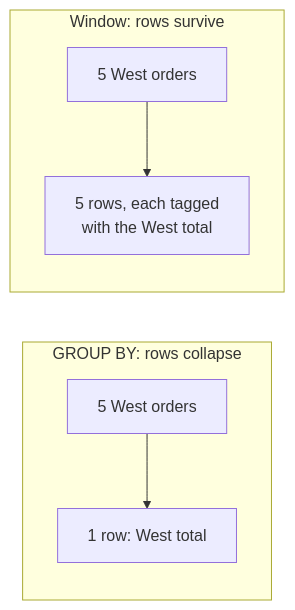
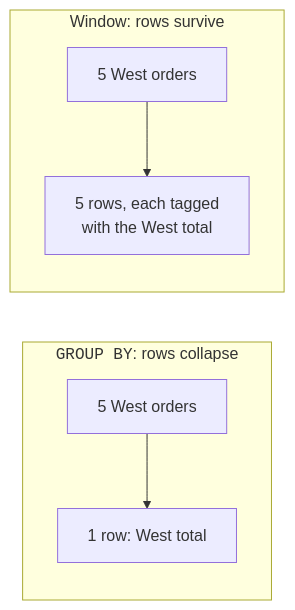
One commit to dataslope/dataslope changed the first of 2 diagrams in content/courses/sql-analytics-duckdb/why-window-functions.mdx. Above: the diagram before and after it, drawn with Mermaid. The commit also changed other lines of this file and 283 other files, not shown here.

First line of the commit message:
Diagrams as elements, not characters: fix the box model, sweep the corpus, and make syntax breakdowns a convention (#652)

````diff
--- a/content/courses/sql-analytics-duckdb/why-window-functions.mdx
+++ b/content/courses/sql-analytics-duckdb/why-window-functions.mdx
@@ -34,9 +34,9 @@
 ```mermaid
 flowchart LR
-    subgraph GB["GROUP BY: rows collapse"]
+    subgraph GB["<code>GROUP BY</code>: rows collapse"]
         G1["5 West orders"] --> G2["1 row: West total"]
     end
     subgraph WF["Window: rows survive"]
         W1["5 West orders"] --> W2["5 rows, each tagged<br/>with the West total"]
     end
 ```
````
